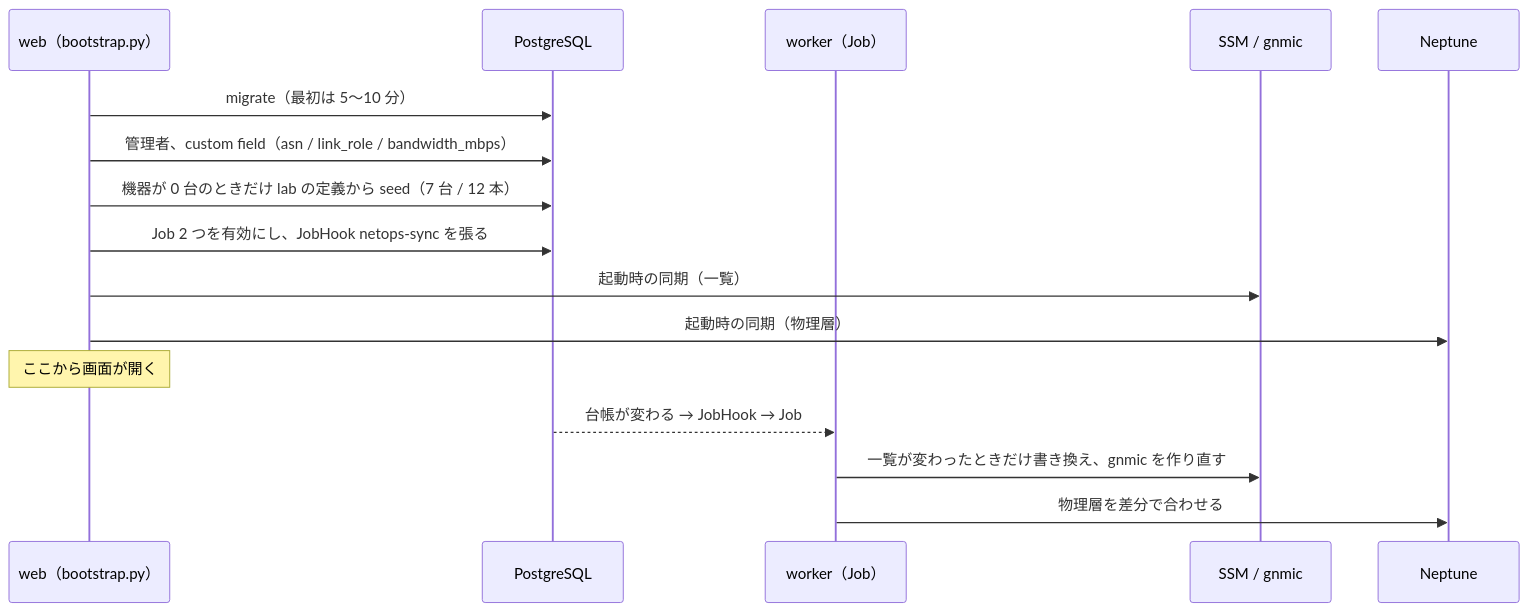
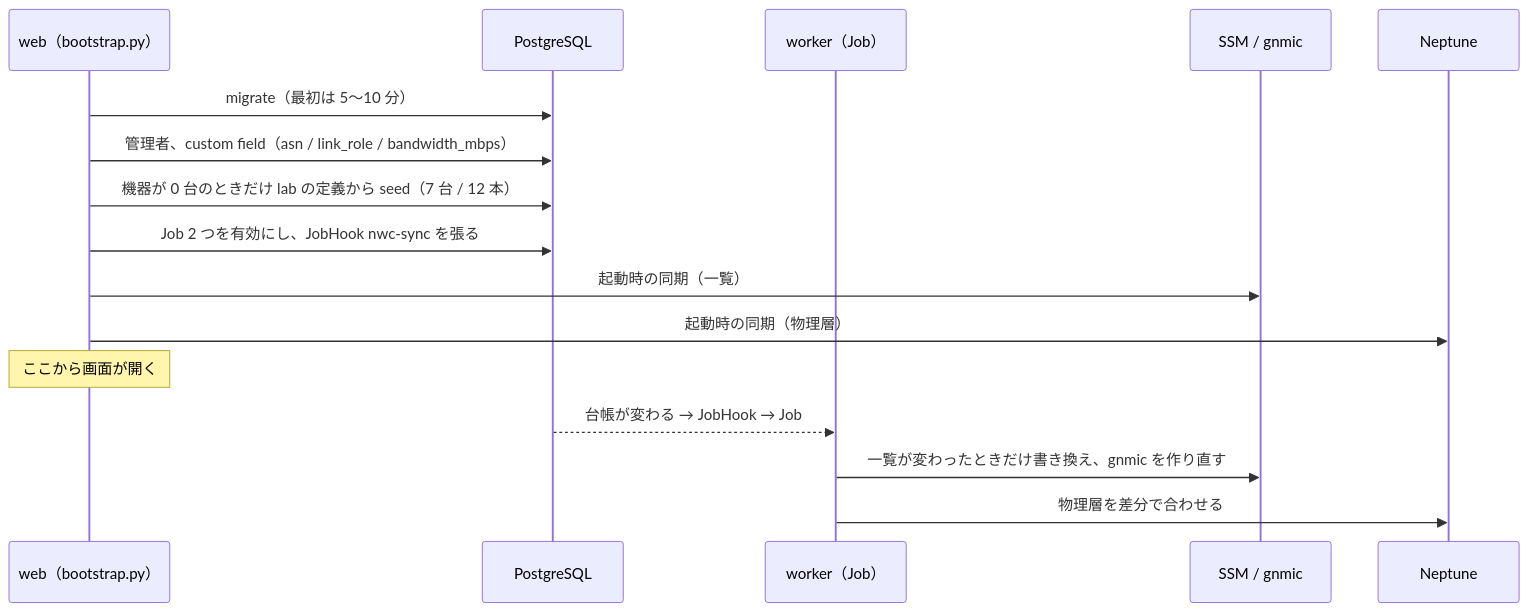
The second of 4 diagrams in docs/nautobot.md (eddie-eights/nwc-poc), drawn with Mermaid before and after one commit. The commit also changed other lines of this file and 24 other files, not shown here.

First line of the commit message:
netops の名前を nwc に揃える（019）: tests と docs

````diff
--- a/docs/nautobot.md
+++ b/docs/nautobot.md
@@ -88,18 +88,18 @@
 ```mermaid
 sequenceDiagram
   participant W as web（bootstrap.py）
   participant D as PostgreSQL
   participant K as worker（Job）
   participant T as SSM / gnmic
   participant N as Neptune
   W->>D: migrate（最初は 5〜10 分）
   W->>D: 管理者、custom field（asn / link_role / bandwidth_mbps）
   W->>D: 機器が 0 台のときだけ lab の定義から seed（7 台 / 12 本）
-  W->>D: Job 2 つを有効にし、JobHook netops-sync を張る
+  W->>D: Job 2 つを有効にし、JobHook nwc-sync を張る
   W->>T: 起動時の同期（一覧）
   W->>N: 起動時の同期（物理層）
   Note over W: ここから画面が開く
   D-->>K: 台帳が変わる → JobHook → Job
   K->>T: 一覧が変わったときだけ書き換え、gnmic を作り直す
   K->>N: 物理層を差分で合わせる
 ```
````
